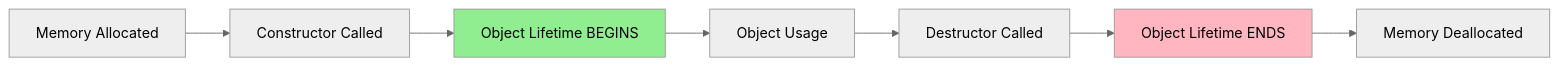
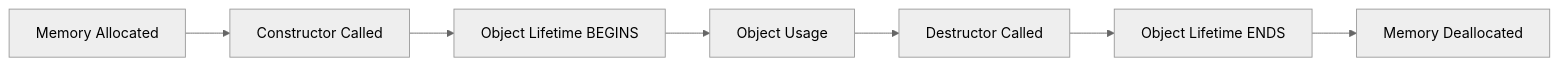
Before and after one commit to AndriiSonsiadlo/knowledge-base: the diagram in docs/programming/cpp/05-memory-and-object-lifetime/object-lifetime.md, drawn with Mermaid (neutral theme). The commit also changed 8 other files, not shown here.

Commit message:
style (C++): theme-agnostic diagrams in memory, pointers and OOP docs

````diff
--- a/docs/programming/cpp/05-memory-and-object-lifetime/object-lifetime.md
+++ b/docs/programming/cpp/05-memory-and-object-lifetime/object-lifetime.md
@@ -19,12 +19,10 @@
 ```mermaid
 graph LR
     A[Memory Allocated] --> B[Constructor Called]
     B --> C[Object Lifetime BEGINS]
     C --> D[Object Usage]
     D --> E[Destructor Called]
     E --> F[Object Lifetime ENDS]
     F --> G[Memory Deallocated]
     
-    style C fill:#90EE90
-    style F fill:#FFB6C1
 ```
````
